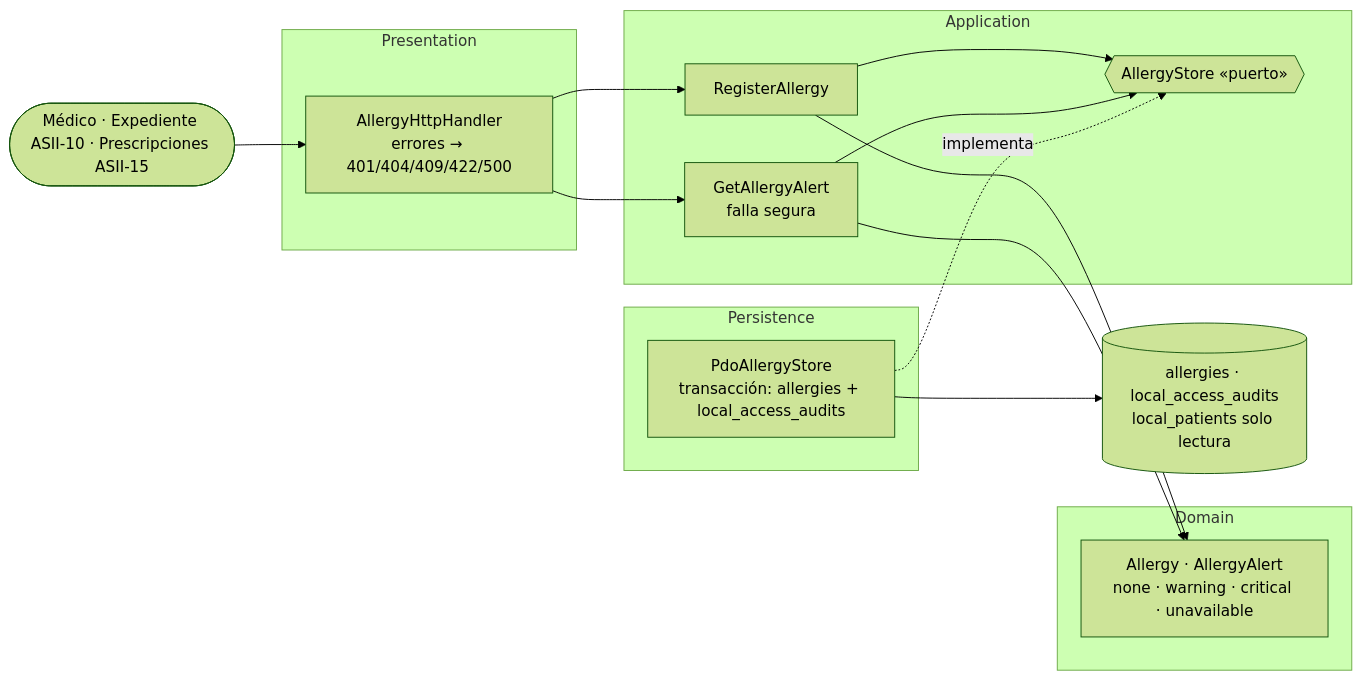
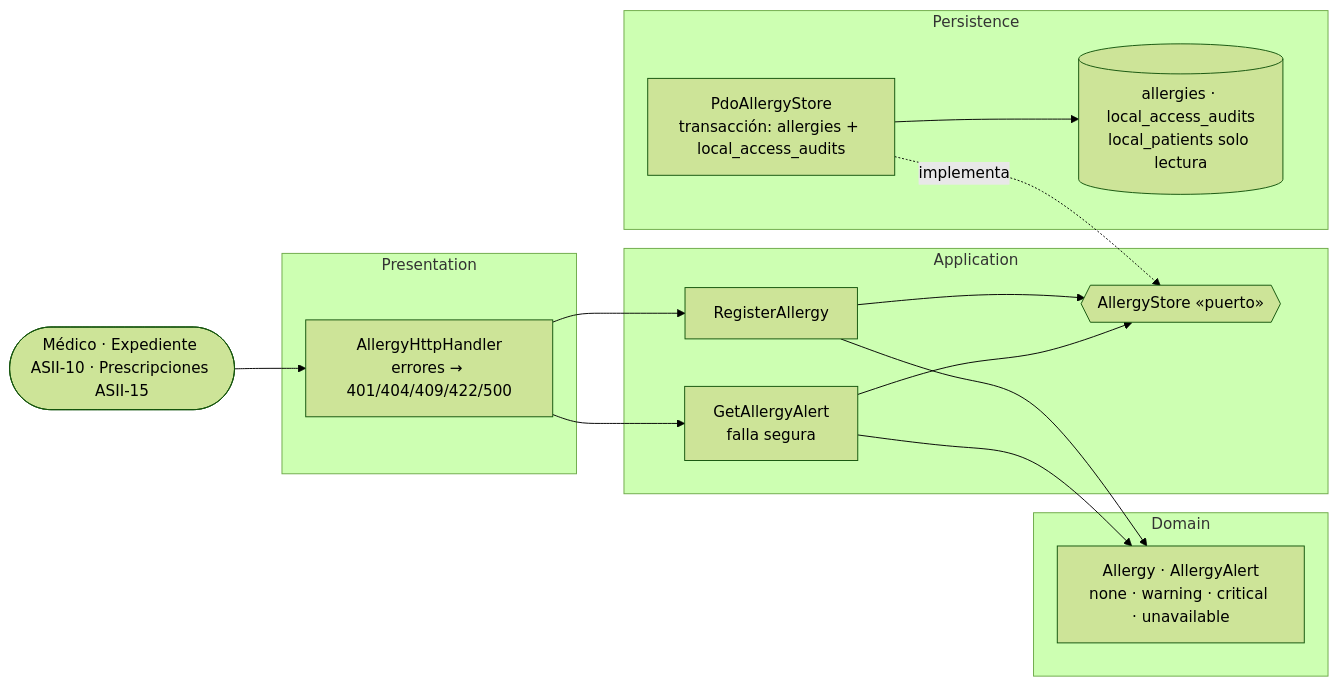
Before and after one commit to AxelHerrera11/sistema-hospitalario-integrado: the diagram in docs/alergias/semana-03/README.md, drawn with Mermaid (forest theme).

Commit message:
docs(semana-3): ubicar la base dentro de Persistence en la vista de componentes (ASII-12)
Refs #38

````diff
--- a/docs/alergias/semana-03/README.md
+++ b/docs/alergias/semana-03/README.md
@@ -9,20 +9,19 @@
 ```mermaid
 flowchart LR
   cli([Médico · Expediente ASII-10 · Prescripciones ASII-15]) --> h
   subgraph P[Presentation]
     h[AllergyHttpHandler<br/>errores → 401/404/409/422/500]
   end
   subgraph A[Application]
     r[RegisterAllergy] & g[GetAllergyAlert<br/>falla segura] --> port{{AllergyStore «puerto»}}
   end
   subgraph D[Domain]
     al[Allergy · AllergyAlert<br/>none · warning · critical · unavailable]
   end
   subgraph I[Persistence]
-    pdo[PdoAllergyStore<br/>transacción: allergies + local_access_audits]
+    pdo[PdoAllergyStore<br/>transacción: allergies + local_access_audits] --> db[(allergies · local_access_audits<br/>local_patients solo lectura)]
   end
   h --> r & g
   r & g --> al
   pdo -. implementa .-> port
-  pdo --> db[(allergies · local_access_audits<br/>local_patients solo lectura)]
 ```
````
